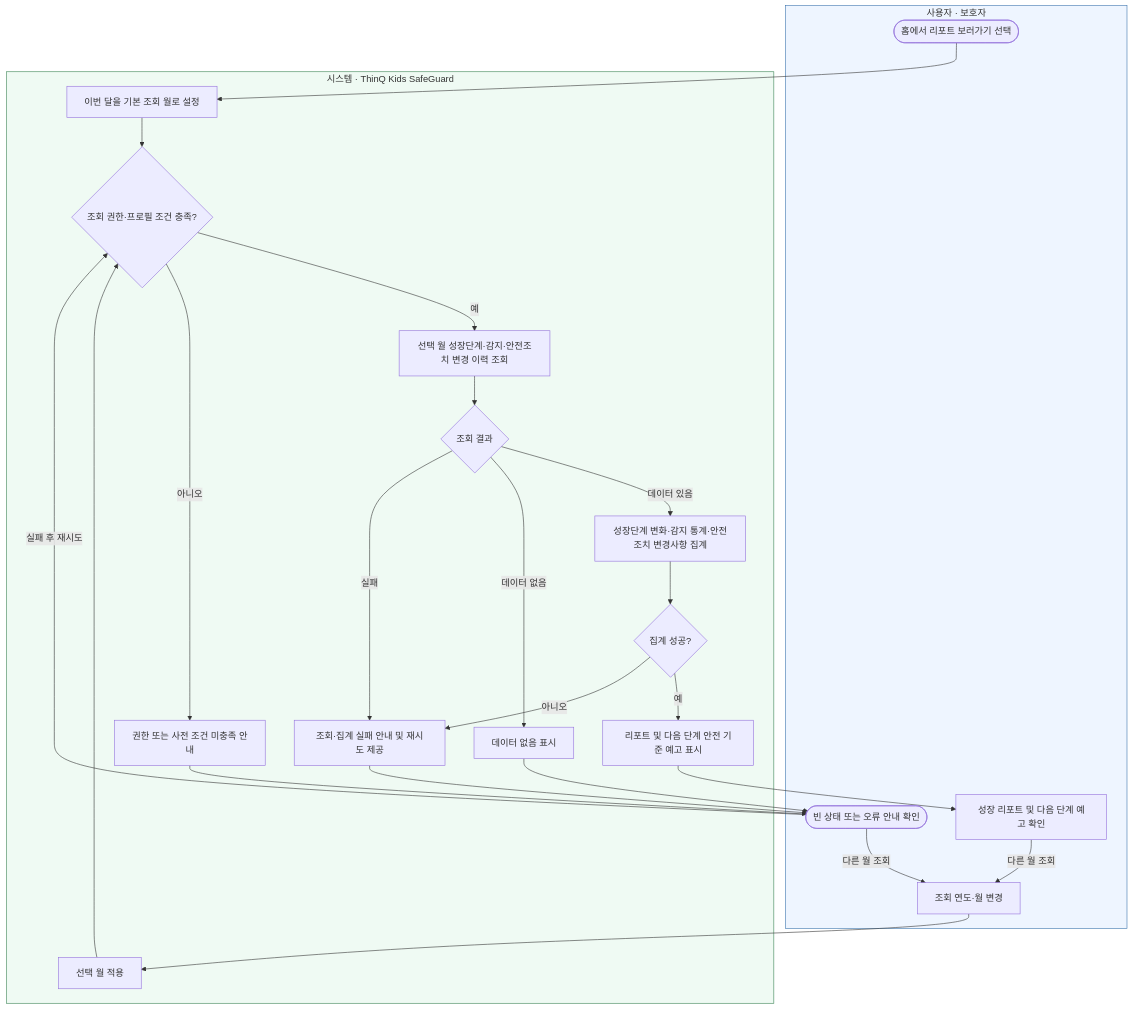
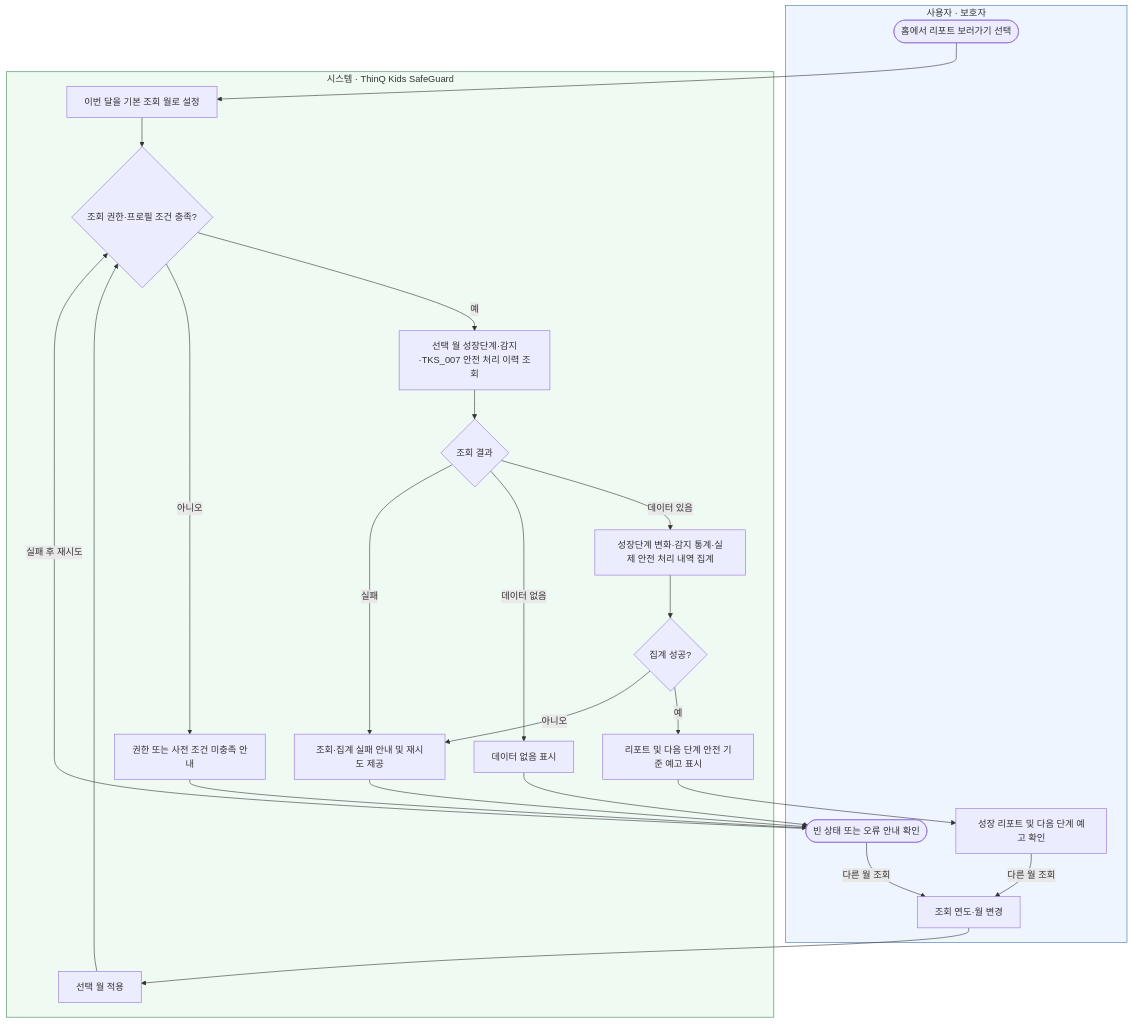
Before and after one commit to suim3690-hash/deni: the diagram in docs/서비스흐름도/08_월간성장리포트.mmd, drawn with Mermaid. The commit also changed 12 other files, not shown here.

```diff
--- a/docs/서비스흐름도/08_월간성장리포트.mmd
+++ b/docs/서비스흐름도/08_월간성장리포트.mmd
@@ -1,36 +1,36 @@
 %% TKS_008 | FR-038~040 | 첨부 FR-AD-700,701 / FR-UU-700
 %% 프로필 적용 및 조회 권한 전제 · 이력 존재는 필수 조건이 아님
 flowchart TD
     subgraph USER["사용자 · 보호자"]
         U1(["홈에서 리포트 보러가기 선택"])
         U2["성장 리포트 및 다음 단계 예고 확인"]
         U3["조회 연도·월 변경"]
         U4(["빈 상태 또는 오류 안내 확인"])
     end
     subgraph SERVICE["시스템 · ThinQ Kids SafeGuard"]
         S1["이번 달을 기본 조회 월로 설정"]
         S2{"조회 권한·프로필 조건 충족?"}
-        S3["선택 월 성장단계·감지·안전조치 변경 이력 조회"]
+        S3["선택 월 성장단계·감지·TKS_007 안전 처리 이력 조회"]
         S4{"조회 결과"}
-        S5["성장단계 변화·감지 통계·안전조치 변경사항 집계"]
+        S5["성장단계 변화·감지 통계·실제 안전 처리 내역 집계"]
         S6{"집계 성공?"}
         S7["리포트 및 다음 단계 안전 기준 예고 표시"]
         S8["데이터 없음 표시"]
         S9["조회·집계 실패 안내 및 재시도 제공"]
         S10["권한 또는 사전 조건 미충족 안내"]
         S11["선택 월 적용"]
     end
     U1 --> S1 --> S2
     S2 -->|예| S3 --> S4
     S2 -->|아니오| S10 --> U4
     S4 -->|데이터 있음| S5 --> S6
     S4 -->|데이터 없음| S8 --> U4
     S4 -->|실패| S9 --> U4
     S6 -->|예| S7 --> U2
     S6 -->|아니오| S9
     U2 -->|다른 월 조회| U3
     U4 -->|다른 월 조회| U3
     U3 --> S11 --> S2
     U4 -->|실패 후 재시도| S2
     style USER fill:#eef5ff,stroke:#3973ac
     style SERVICE fill:#effaf3,stroke:#398353
```
